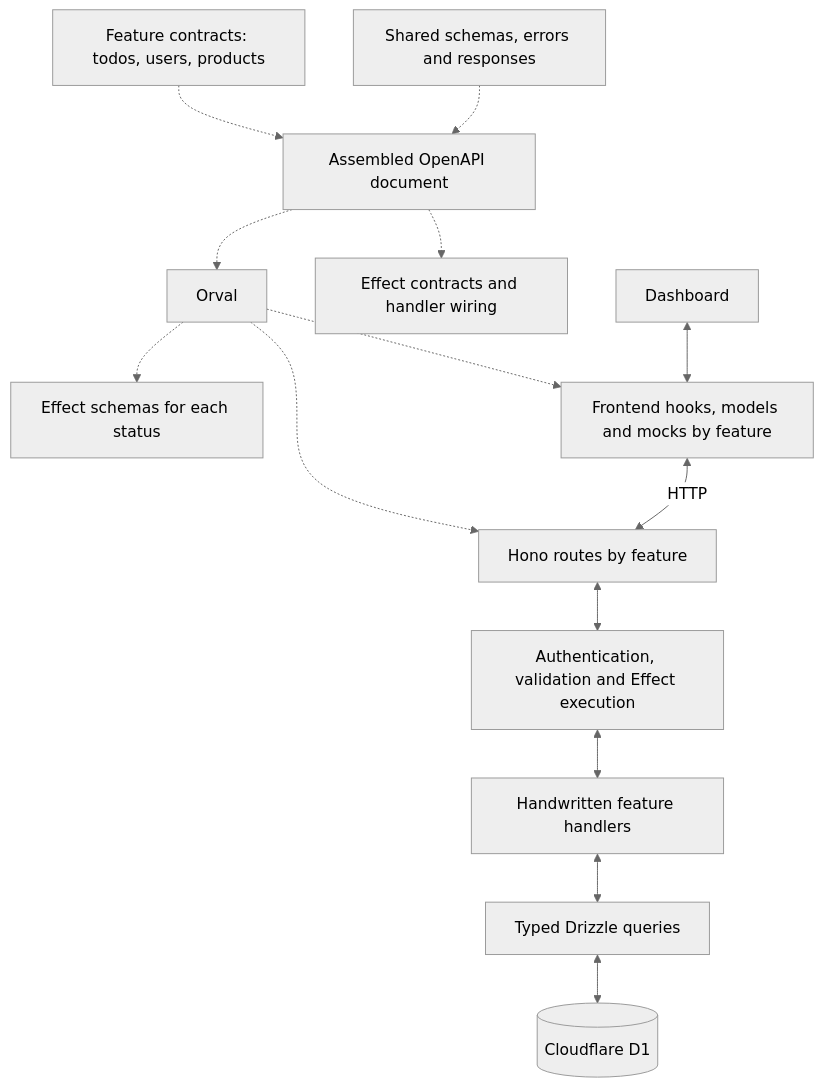
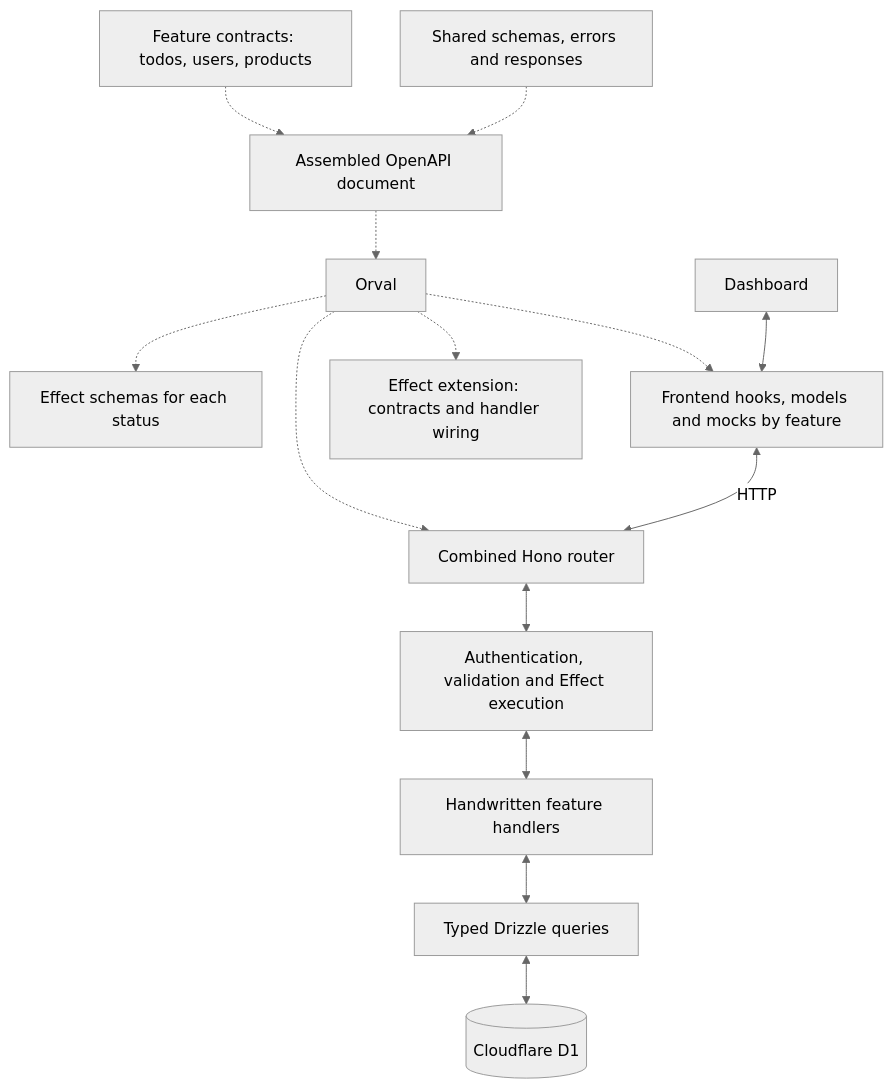
One commit to rowanhen/pnpm-cloudflare-tanstack-template changed the diagram in docs/api-architecture.md. Above: the diagram before and after it, drawn with Mermaid (neutral theme). The commit also changed other lines of this file and 104 other files, not shown here.

````diff
--- a/docs/api-architecture.md
+++ b/docs/api-architecture.md
@@ -5,16 +5,16 @@
 ```mermaid
 flowchart TD
     Features["Feature contracts: todos, users, products"] -.-> Bundle["Assembled OpenAPI document"]
     Shared["Shared schemas, errors and responses"] -.-> Bundle
     Bundle -.-> Orval
-    Orval -.-> Routes["Hono routes by feature"]
+    Orval -.-> Routes["Combined Hono router"]
     Orval -.-> Schemas["Effect schemas for each status"]
     Orval -.-> Client["Frontend hooks, models and mocks by feature"]
-    Bundle -.-> Companion["Effect contracts and handler wiring"]
+    Orval -.-> Extension["Effect extension: contracts and handler wiring"]
     UI["Dashboard"] <--> Client
     Client <-->|HTTP| Routes
     Routes <--> Boundary["Authentication, validation and Effect execution"]
     Boundary <--> Handlers["Handwritten feature handlers"]
     Handlers <--> Drizzle["Typed Drizzle queries"]
     Drizzle <--> D1[("Cloudflare D1")]
 ```
````
